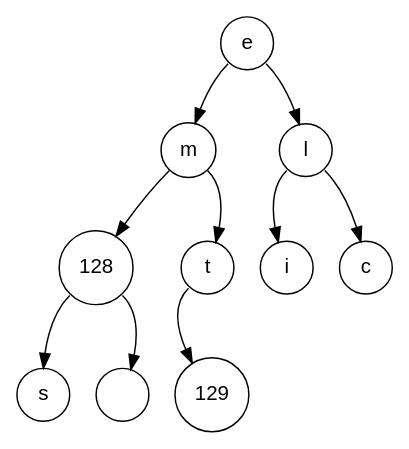
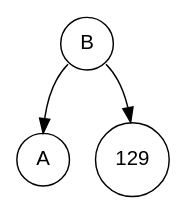
The diagram in fichiers_viz/minimier_etape_2.dot (Procuste34/codage_huffman_c), drawn with Graphviz before and after one commit. The commit also changed 22 other files, not shown here.

```diff
--- a/fichiers_viz/minimier_etape_2.dot
+++ b/fichiers_viz/minimier_etape_2.dot
@@ -1,22 +1,8 @@
 digraph POT_test {
 node [fontname="Arial", shape="circle", width=0.5];
-101 [label = "e"]
-101:sw -> 109
-101:se -> 108
-109 [label = "m"]
-109:sw -> 128
-109:se -> 116
-128 [label = "128"]
-128:sw -> 115
-128:se -> 32
-115 [label = "s"]
-32 [label = " "]
-116 [label = "t"]
-116:sw -> 129
+66 [label = "B"]
+66:sw -> 65
+66:se -> 129
+65 [label = "A"]
 129 [label = "129"]
-108 [label = "l"]
-108:sw -> 105
-108:se -> 99
-105 [label = "i"]
-99 [label = "c"]
 }
```
